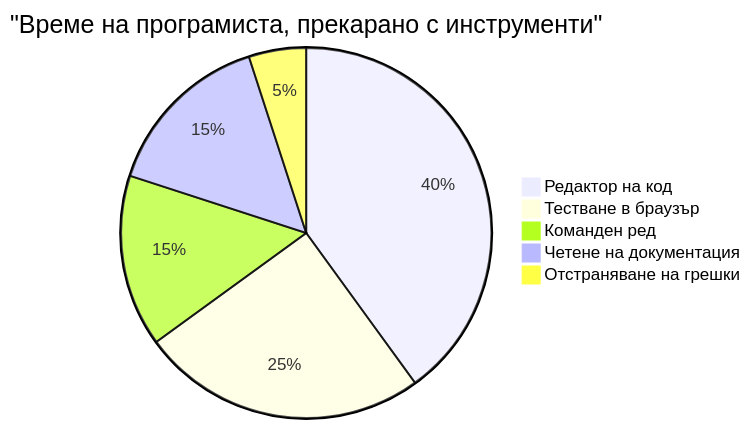
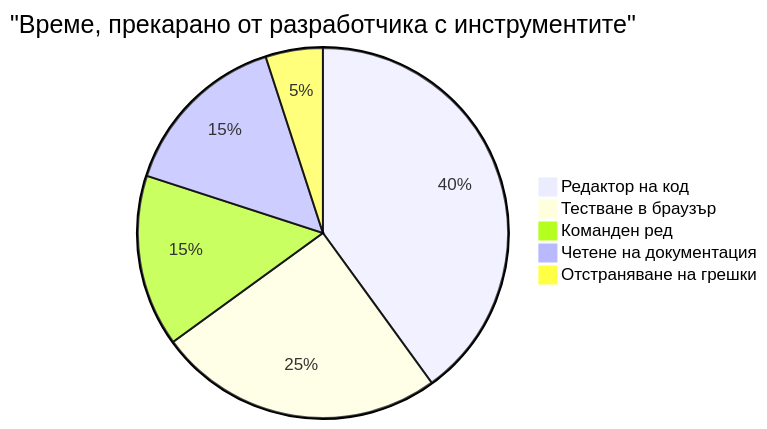
One commit to microsoft/Web-Dev-For-Beginners changed the sixth of 7 diagrams in translations/bg/1-getting-started-lessons/1-intro-to-programming-languages/README.md. Above: the diagram before and after it, drawn with Mermaid. The commit also changed other lines of this file and 8 other files, not shown here.

````diff
--- a/translations/bg/1-getting-started-lessons/1-intro-to-programming-languages/README.md
+++ b/translations/bg/1-getting-started-lessons/1-intro-to-programming-languages/README.md
@@ -710,8 +713,8 @@
 ```mermaid
-pie title "Време на програмиста, прекарано с инструменти"
+pie title "Време, прекарано от разработчика с инструментите"
     "Редактор на код" : 40
     "Тестване в браузър" : 25
     "Команден ред" : 15
     "Четене на документация" : 15
     "Отстраняване на грешки" : 5
-```  
+```
````
